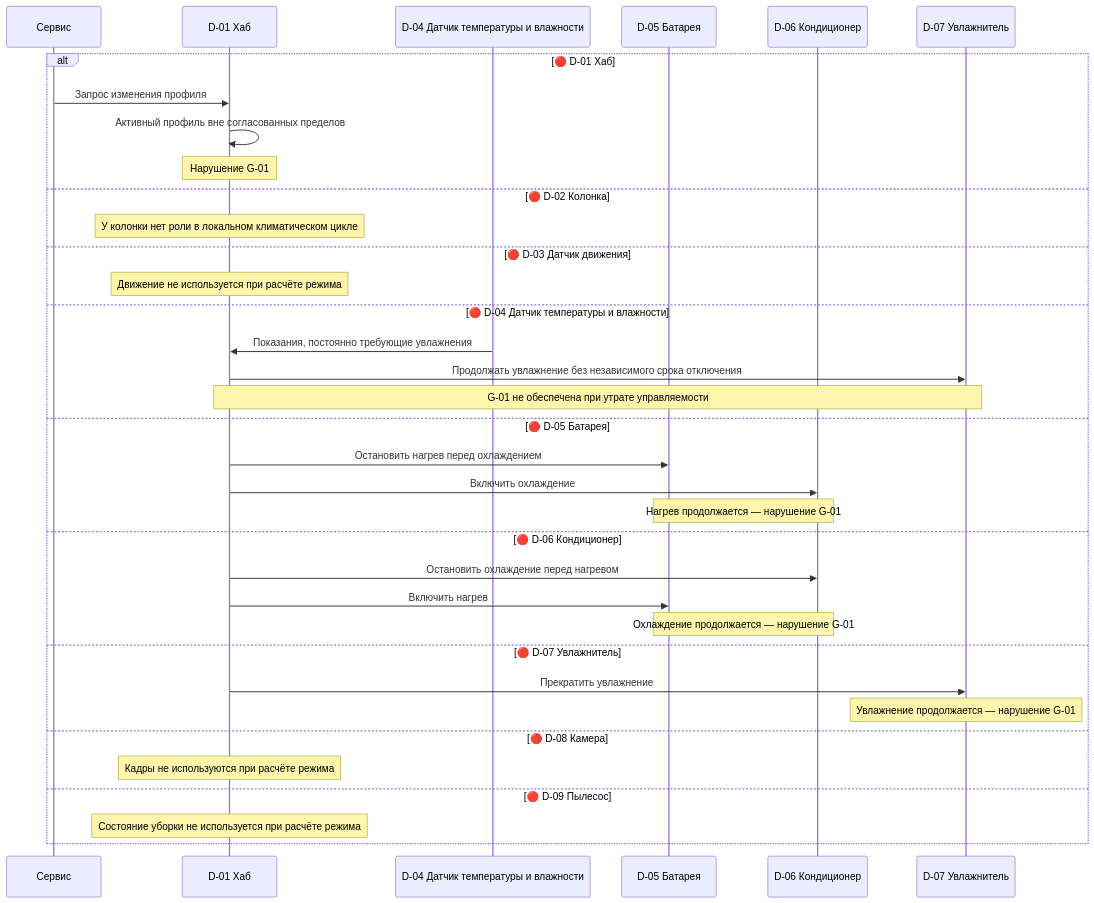
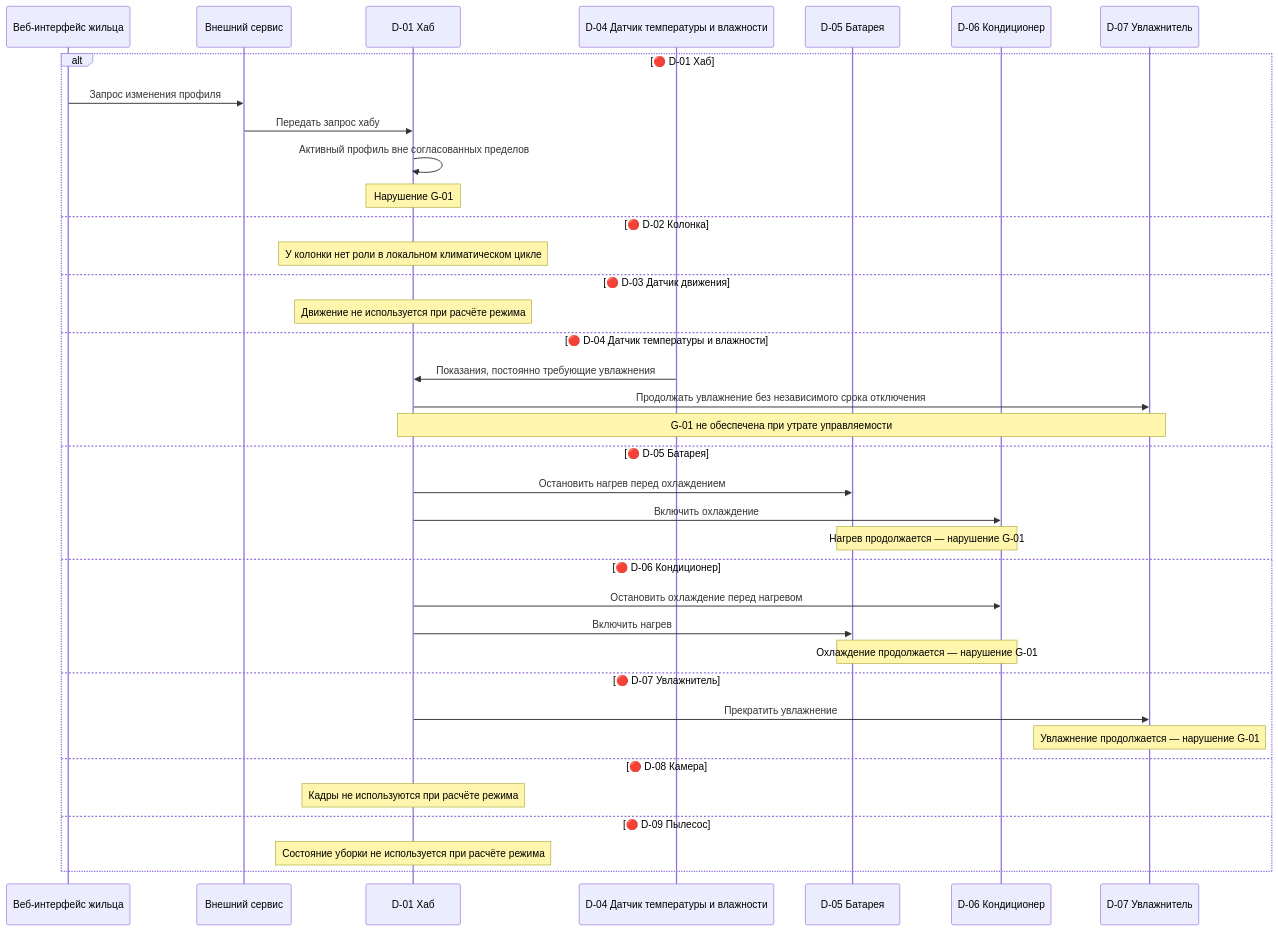
The diagram in contractor_side/negative_scenarios/S01_CLIMATE.md (BPLA-Team/carrot-apples), drawn with Mermaid before and after one commit. The commit also changed 22 other files, not shown here.

Commit message:
docs(architecture): document web access through the external service

````diff
--- a/contractor_side/negative_scenarios/S01_CLIMATE.md
+++ b/contractor_side/negative_scenarios/S01_CLIMATE.md
@@ -3,37 +3,39 @@
 ```mermaid
 sequenceDiagram
-    participant S as Сервис
+    participant W as Веб-интерфейс жильца
+    participant S as Внешний сервис
     participant H as D-01 Хаб
     participant D as D-04 Датчик температуры и влажности
     participant B as D-05 Батарея
     participant C as D-06 Кондиционер
     participant U as D-07 Увлажнитель
     alt 🔴 D-01 Хаб
-        S->>H: Запрос изменения профиля
+        W->>S: Запрос изменения профиля
+        S->>H: Передать запрос хабу
         H->>H: Активный профиль вне согласованных пределов
         Note over H: Нарушение G-01
     else 🔴 D-02 Колонка
         Note over H: У колонки нет роли в локальном климатическом цикле
     else 🔴 D-03 Датчик движения
         Note over H: Движение не используется при расчёте режима
     else 🔴 D-04 Датчик температуры и влажности
         D->>H: Показания, постоянно требующие увлажнения
         H->>U: Продолжать увлажнение без независимого срока отключения
         Note over H,U: G-01 не обеспечена при утрате управляемости
     else 🔴 D-05 Батарея
         H->>B: Остановить нагрев перед охлаждением
         H->>C: Включить охлаждение
         Note over B,C: Нагрев продолжается — нарушение G-01
     else 🔴 D-06 Кондиционер
         H->>C: Остановить охлаждение перед нагревом
         H->>B: Включить нагрев
         Note over B,C: Охлаждение продолжается — нарушение G-01
     else 🔴 D-07 Увлажнитель
         H->>U: Прекратить увлажнение
         Note over U: Увлажнение продолжается — нарушение G-01
     else 🔴 D-08 Камера
         Note over H: Кадры не используются при расчёте режима
     else 🔴 D-09 Пылесос
         Note over H: Состояние уборки не используется при расчёте режима
     end
 ```
````
